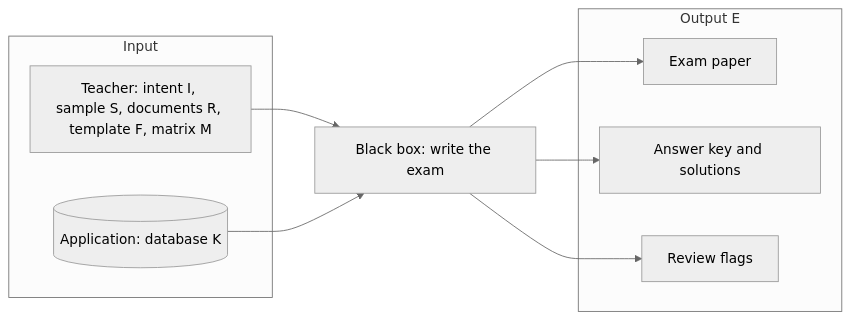
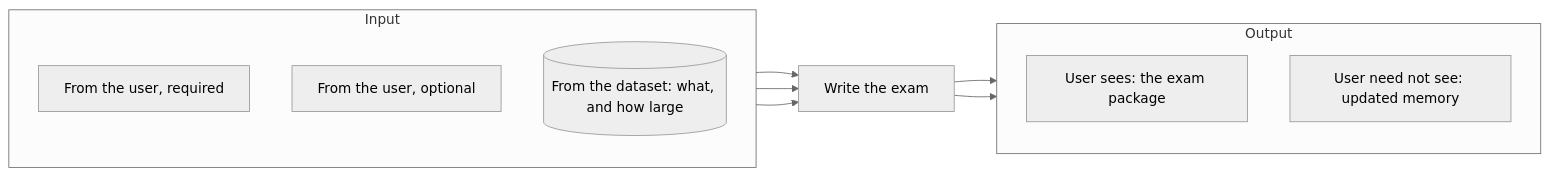
One commit to ndmhuy/ASTRA changed the second of 16 diagrams in docs/ct-slide-plan.en.md. Above: the diagram before and after it, drawn with Mermaid (neutral theme). The commit also changed other lines of this file and 1 other file, not shown here.

First line of the commit message:
docs(slides): apply team review to CT slide plan (v2)

````diff
--- a/docs/ct-slide-plan.en.md
+++ b/docs/ct-slide-plan.en.md
@@ -134,18 +98,20 @@
 ```mermaid
 flowchart LR
     subgraph IN["Input"]
-        T["Teacher: intent I, sample S, documents R, template F, matrix M"]
-        K[("Application: database K")]
+        direction TB
+        I1["From the user, required"]
+        I2["From the user, optional"]
+        I3[("From the dataset: what, and how large")]
     end
-    X["Black box: write the exam"]
-    subgraph OUT["Output E"]
-        E1["Exam paper"]
-        E2["Answer key and solutions"]
-        E3["Review flags"]
+    X["Write the exam"]
+    subgraph OUT["Output"]
+        direction TB
+        O1["User sees: the exam package"]
+        O2["User need not see: updated memory"]
     end
-    T --> X
-    K --> X
-    X --> E1
-    X --> E2
-    X --> E3
+    I1 --> X
+    I2 --> X
+    I3 --> X
+    X --> O1
+    X --> O2
 ```
````
